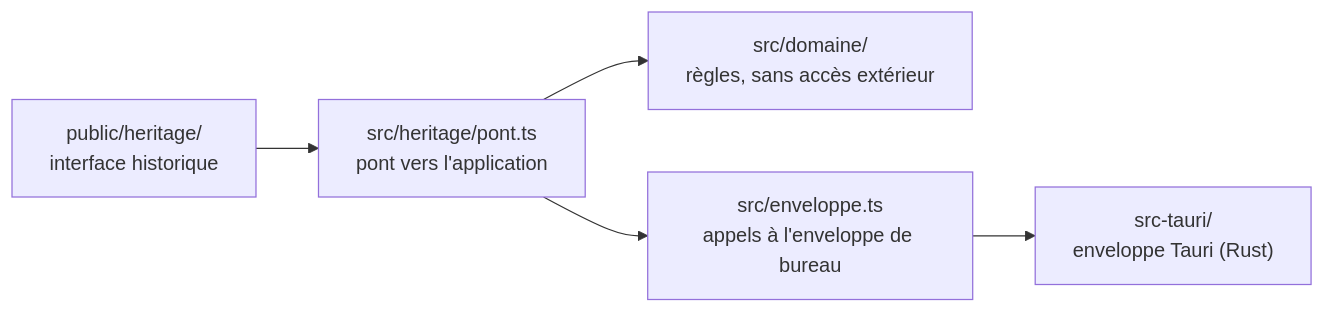
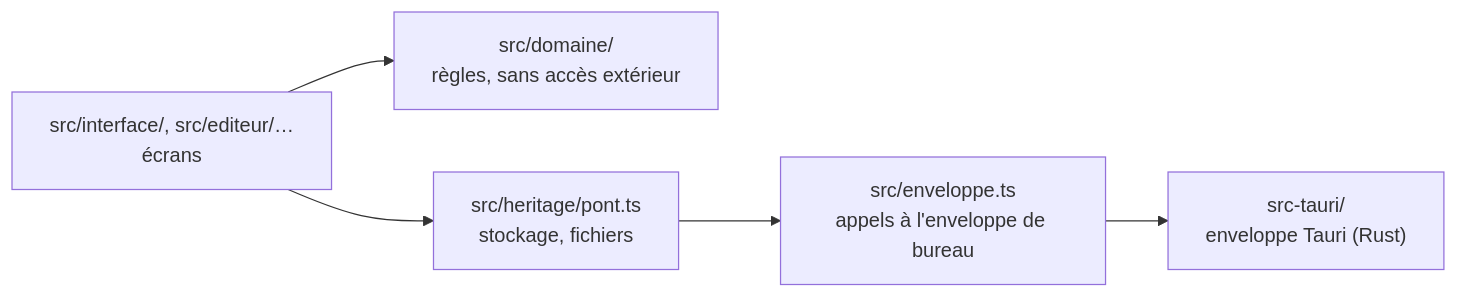
The diagram in README.md (stephaneheberle111/DNMAX), drawn with Mermaid before and after one commit. The commit also changed other lines of this file and 3 other files, not shown here.

````diff
--- a/README.md
+++ b/README.md
@@ -135,7 +135,7 @@
 ```mermaid
 flowchart LR
-  historique["public/heritage/<br/>interface historique"] --> pont["src/heritage/pont.ts<br/>pont vers l'application"]
-  pont --> domaine["src/domaine/<br/>règles, sans accès extérieur"]
+  interface["src/interface/, src/editeur/…<br/>écrans"] --> domaine["src/domaine/<br/>règles, sans accès extérieur"]
+  interface --> pont["src/heritage/pont.ts<br/>stockage, fichiers"]
   pont --> enveloppe["src/enveloppe.ts<br/>appels à l'enveloppe de bureau"]
   enveloppe --> tauri["src-tauri/<br/>enveloppe Tauri (Rust)"]
 ```
````
